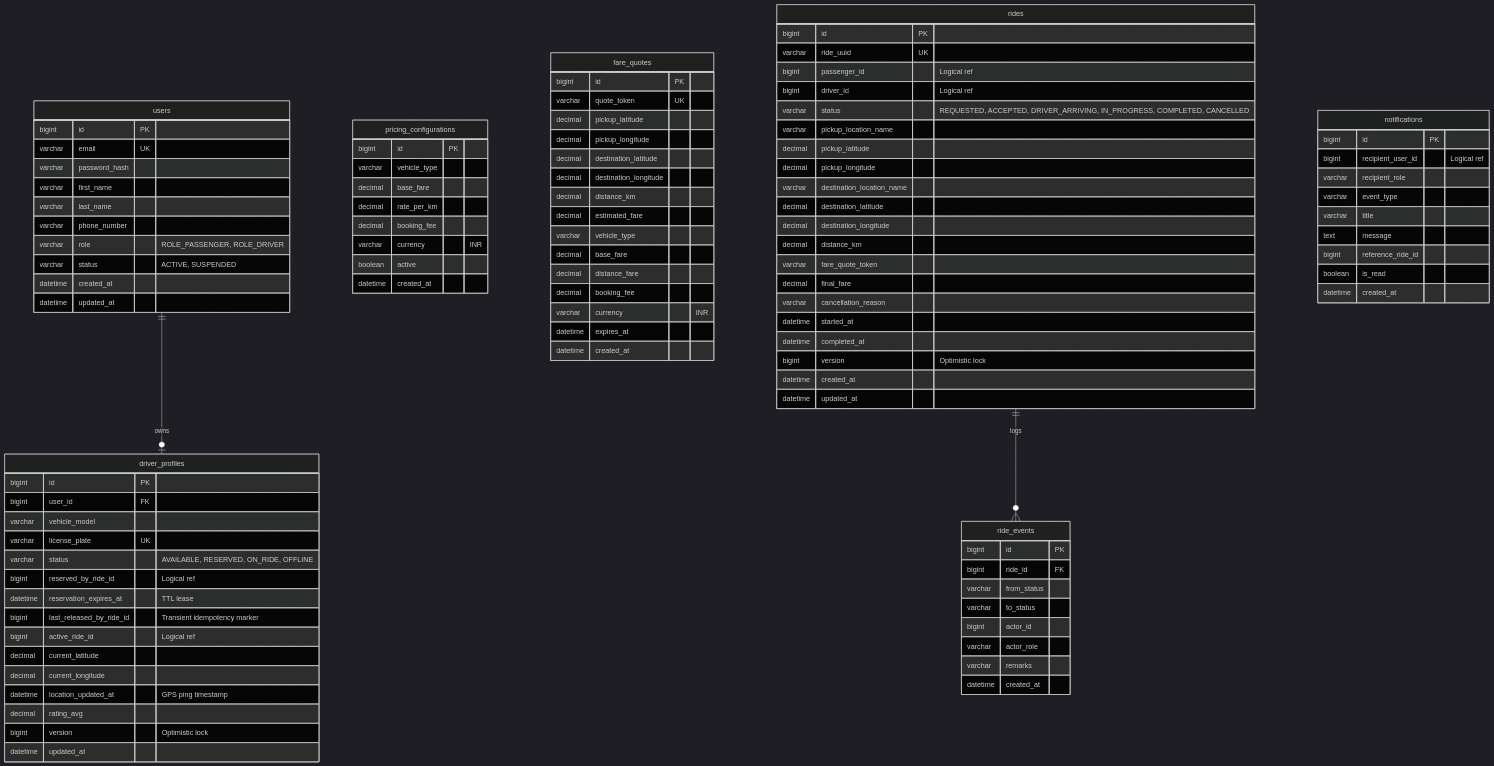
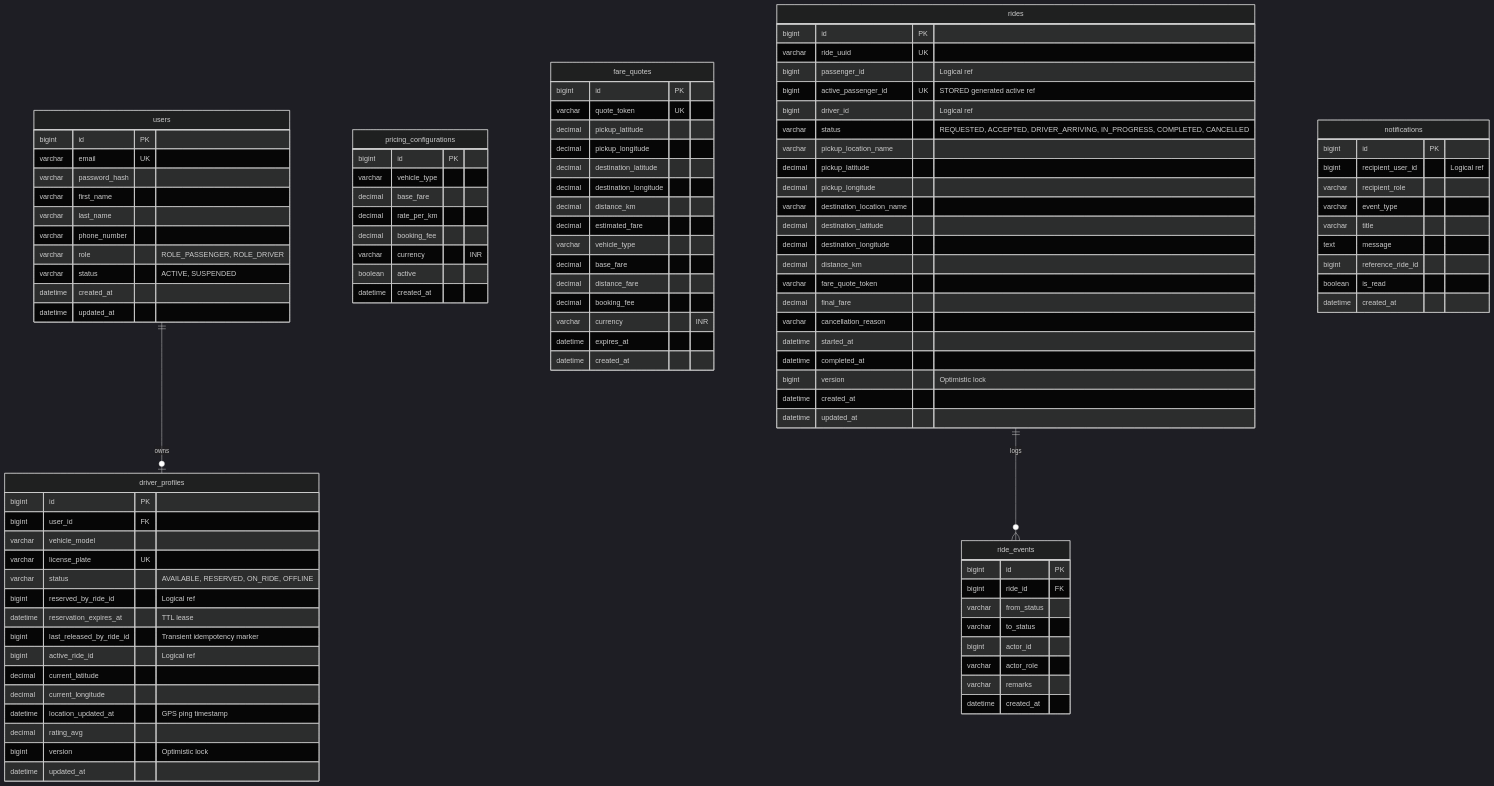
The diagram in docs/database-design.md (Rishabh0726/ride-sharing-platform), drawn with Mermaid (dark theme) before and after one commit. The commit also changed other lines of this file and 2 other files, not shown here.

```diff
--- a/docs/database-design.md
+++ b/docs/database-design.md
@@ -82,6 +82,7 @@
         bigint id PK
         varchar ride_uuid UK
         bigint passenger_id "Logical ref"
+        bigint active_passenger_id UK "STORED generated active ref"
         bigint driver_id "Logical ref"
         varchar status "REQUESTED, ACCEPTED, DRIVER_ARRIVING, IN_PROGRESS, COMPLETED, CANCELLED"
         varchar pickup_location_name
```
